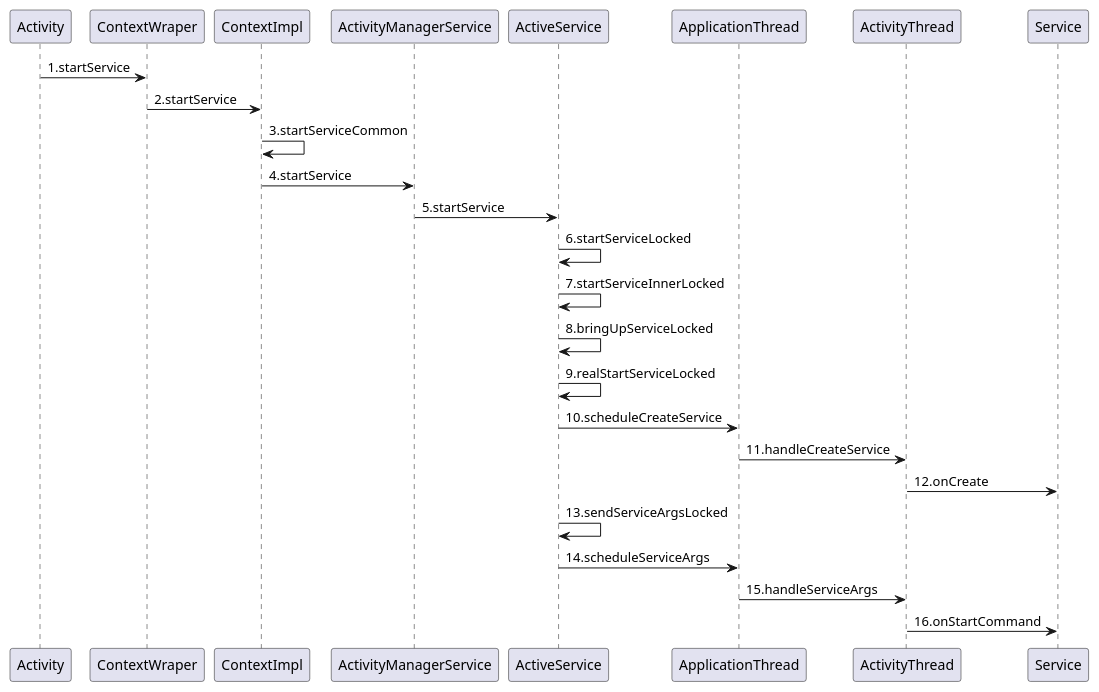
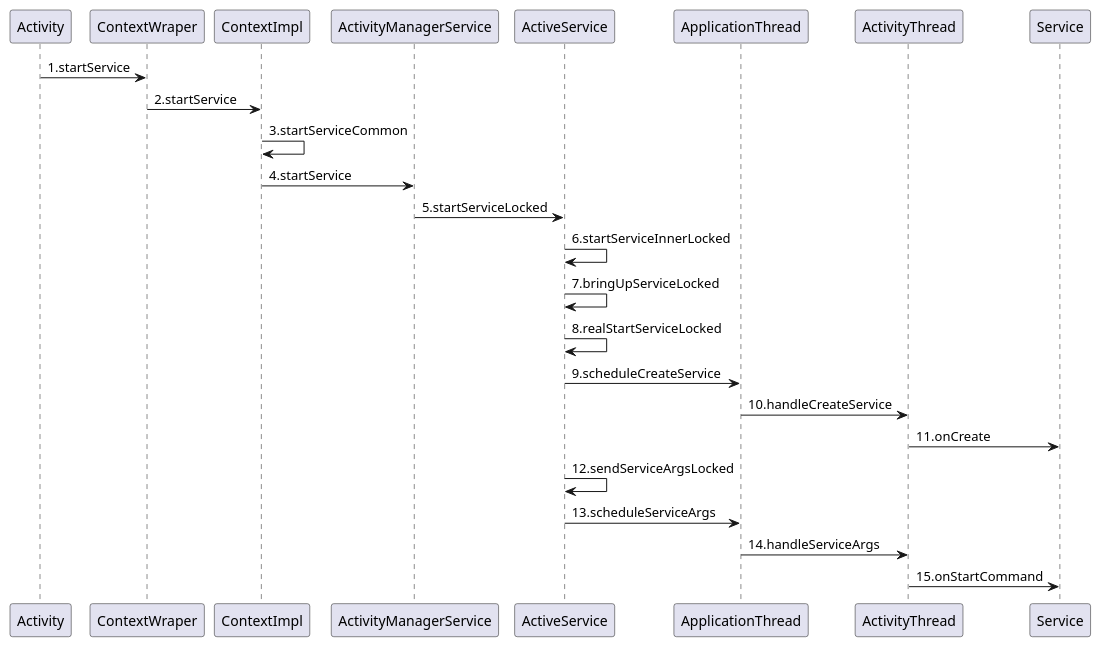
One commit to mxdldev/android-custom-view changed the diagram in app/src/main/java/com/mxdl/customview/uml/ServiceStart.puml. Above: the diagram before and after it, drawn with PlantUML. The commit also changed 1 other file, not shown here.

```diff
--- a/app/src/main/java/com/mxdl/customview/uml/ServiceStart.puml
+++ b/app/src/main/java/com/mxdl/customview/uml/ServiceStart.puml
@@ -1,37 +1,36 @@
 @startuml
 ' Activity.startService
 ' ContextWraper.startService
 ' ContextImpl.startService
 ' ContextImpl.startServiceCommon
 ' ActivityManagerService.startService
 ' ActiveService.startServiceLocked
 ' ActiveService.startServiceInnerLocked
 ' ActiveService.bringUpServiceLocked
 ' ActiveService.realStartServiceLocked
 ' ApplicationThread.scheduleCreateService
 ' ActivityThread.handleCreateService
 ' Service.onCreate
 '
 ' ActiveService.sendServiceArgsLocked
 ' ApplicationThread.scheduleServiceArgs
 ' ActivityThread.handleServiceArgs
 ' Service.onStartCommand
 
 Activity -> ContextWraper: 1.startService
 ContextWraper -> ContextImpl: 2.startService
 ContextImpl -> ContextImpl: 3.startServiceCommon
 ContextImpl -> ActivityManagerService: 4.startService
-ActivityManagerService -> ActiveService: 5.startService
-ActiveService -> ActiveService: 6.startServiceLocked
-ActiveService -> ActiveService: 7.startServiceInnerLocked
-ActiveService -> ActiveService: 8.bringUpServiceLocked
-ActiveService -> ActiveService: 9.realStartServiceLocked
-ActiveService -> ApplicationThread: 10.scheduleCreateService
-ApplicationThread -> ActivityThread: 11.handleCreateService
-ActivityThread -> Service: 12.onCreate
-ActiveService -> ActiveService:13.sendServiceArgsLocked
-ActiveService -> ApplicationThread:14.scheduleServiceArgs
-ApplicationThread -> ActivityThread:15.handleServiceArgs
-ActivityThread -> Service:16.onStartCommand
+ActivityManagerService -> ActiveService: 5.startServiceLocked
+ActiveService -> ActiveService: 6.startServiceInnerLocked
+ActiveService -> ActiveService: 7.bringUpServiceLocked
+ActiveService -> ActiveService: 8.realStartServiceLocked
+ActiveService -> ApplicationThread: 9.scheduleCreateService
+ApplicationThread -> ActivityThread: 10.handleCreateService
+ActivityThread -> Service: 11.onCreate
+ActiveService -> ActiveService:12.sendServiceArgsLocked
+ActiveService -> ApplicationThread:13.scheduleServiceArgs
+ApplicationThread -> ActivityThread:14.handleServiceArgs
+ActivityThread -> Service:15.onStartCommand
 
 @enduml
```
